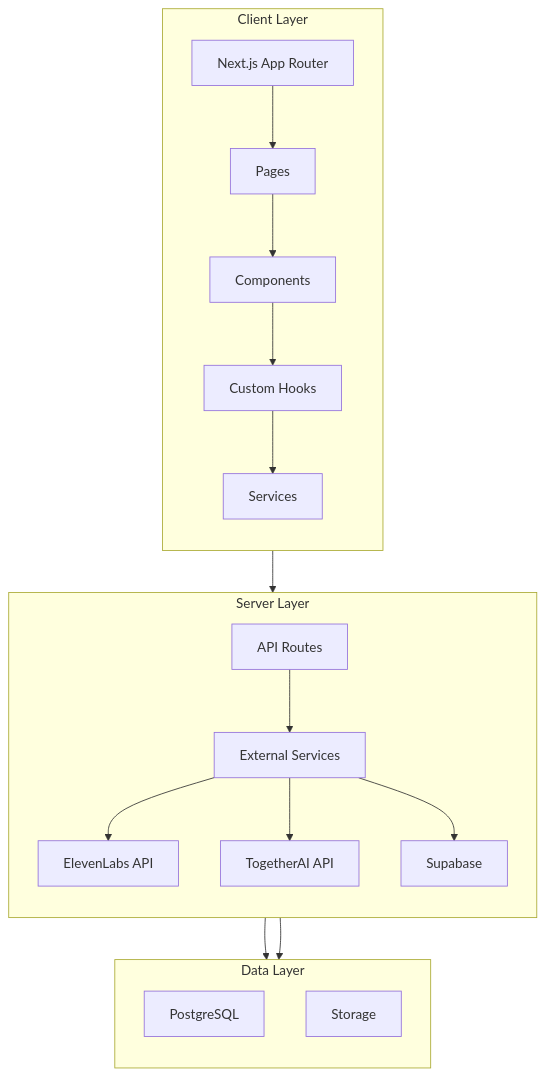
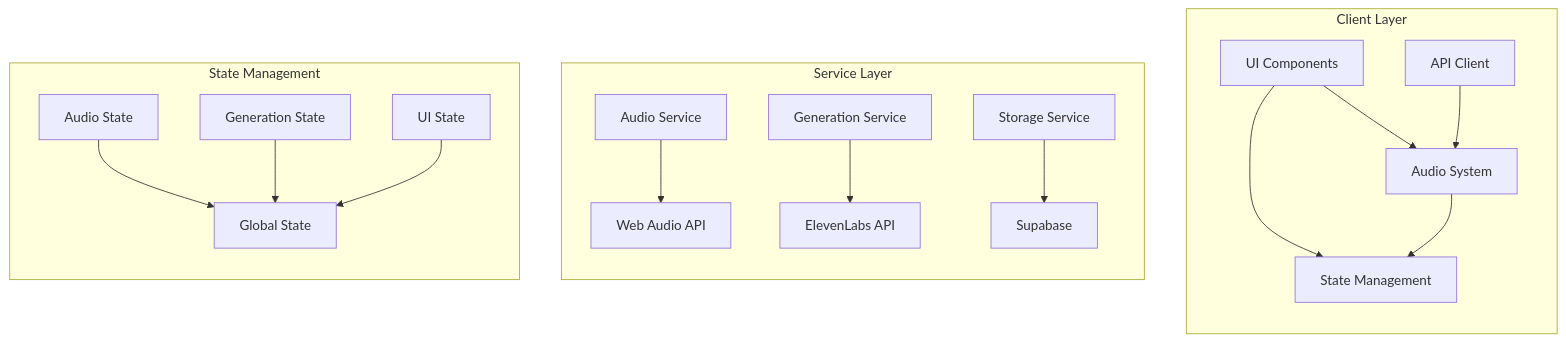
Before and after one commit to moisestech/ai24-news: the first of 17 diagrams in docs/architecture.md, drawn with Mermaid. The commit also changed other lines of this file and 8 other files, not shown here.

````diff
--- a/docs/architecture.md
+++ b/docs/architecture.md
@@ -7,38 +9,37 @@
 ```mermaid
 graph TD
     subgraph Client["Client Layer"]
         direction TB
-        A[Next.js App Router]:::nextjs
-        B[Pages]:::nextjs
-        C[Components]:::components
-        D[Custom Hooks]:::hooks
-        E[Services]:::services
+        A[UI Components]:::component
+        B[State Management]:::state
+        C[Audio System]:::audio
+        D[API Client]:::api
         
         A --> B
-        B --> C
-        C --> D
-        D --> E
+        A --> C
+        C --> B
+        D --> C
     end
 
-    subgraph Server["Server Layer"]
+    subgraph Services["Service Layer"]
         direction TB
-        F[API Routes]:::api
-        G[External Services]:::services
-        H[ElevenLabs API]:::external
-        I[TogetherAI API]:::external
-        J[Supabase]:::supabase
+        E[Audio Service]:::service
+        F[Generation Service]:::service
+        G[Storage Service]:::service
         
-        F --> G
-        G --> H
-        G --> I
-        G --> J
+        E --> H[Web Audio API]
+        F --> I[ElevenLabs API]
+        G --> J[Supabase]
     end
 
-    subgraph Database["Data Layer"]
+    subgraph State["State Management"]
         direction TB
-        J --> K[PostgreSQL]:::supabase
-        J --> L[Storage]:::supabase
+        K[Audio State]:::state
+        L[Generation State]:::state
+        M[UI State]:::state
+        
+        K --> N[Global State]
+        L --> N
+        M --> N
     end
-
-    C --> F
 ```
````
